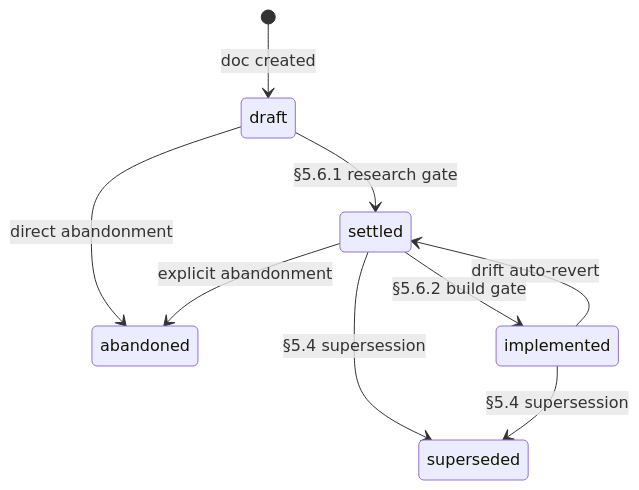
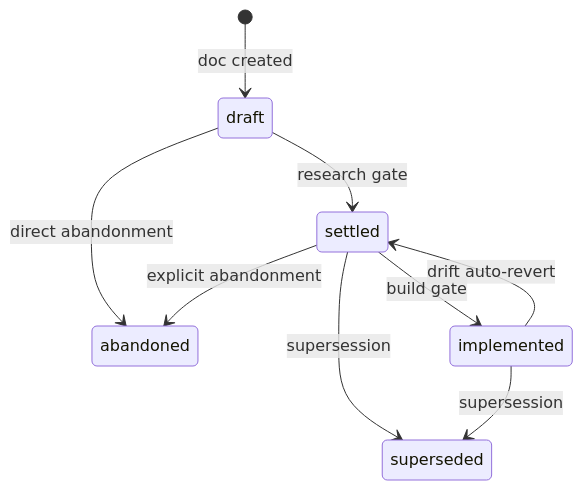
The first of 2 diagrams in Product/_workflow/PRODUCT-BUILDER.md (MgCohen/Card-Framework), drawn with Mermaid before and after one commit. The commit also changed other lines of this file and 22 other files, not shown here.

````diff
--- a/Product/_workflow/PRODUCT-BUILDER.md
+++ b/Product/_workflow/PRODUCT-BUILDER.md
@@ -724,11 +263,11 @@
 ```mermaid
 stateDiagram-v2
     [*] --> draft : doc created
-    draft --> settled : §5.6.1 research gate
+    draft --> settled : research gate
     draft --> abandoned : direct abandonment
-    settled --> implemented : §5.6.2 build gate
-    settled --> superseded : §5.4 supersession
+    settled --> implemented : build gate
+    settled --> superseded : supersession
     settled --> abandoned : explicit abandonment
     implemented --> settled : drift auto-revert
-    implemented --> superseded : §5.4 supersession
+    implemented --> superseded : supersession
 ```
````
